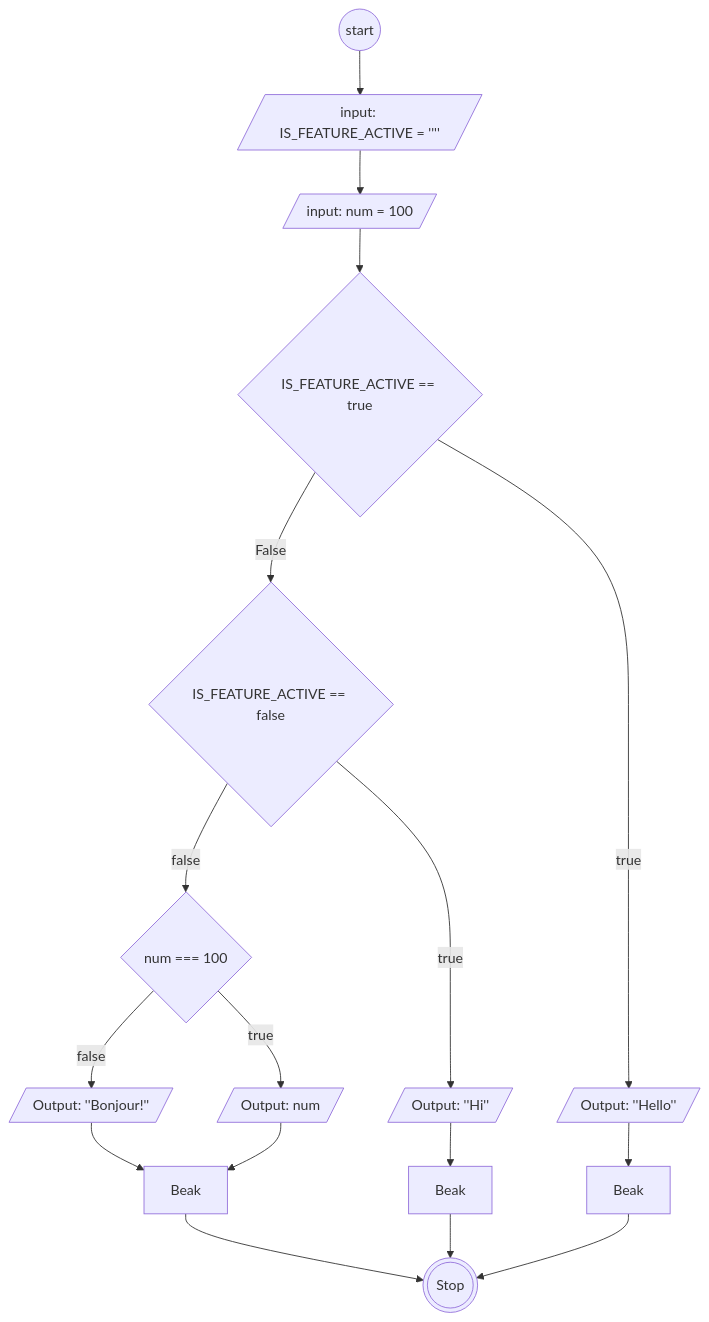
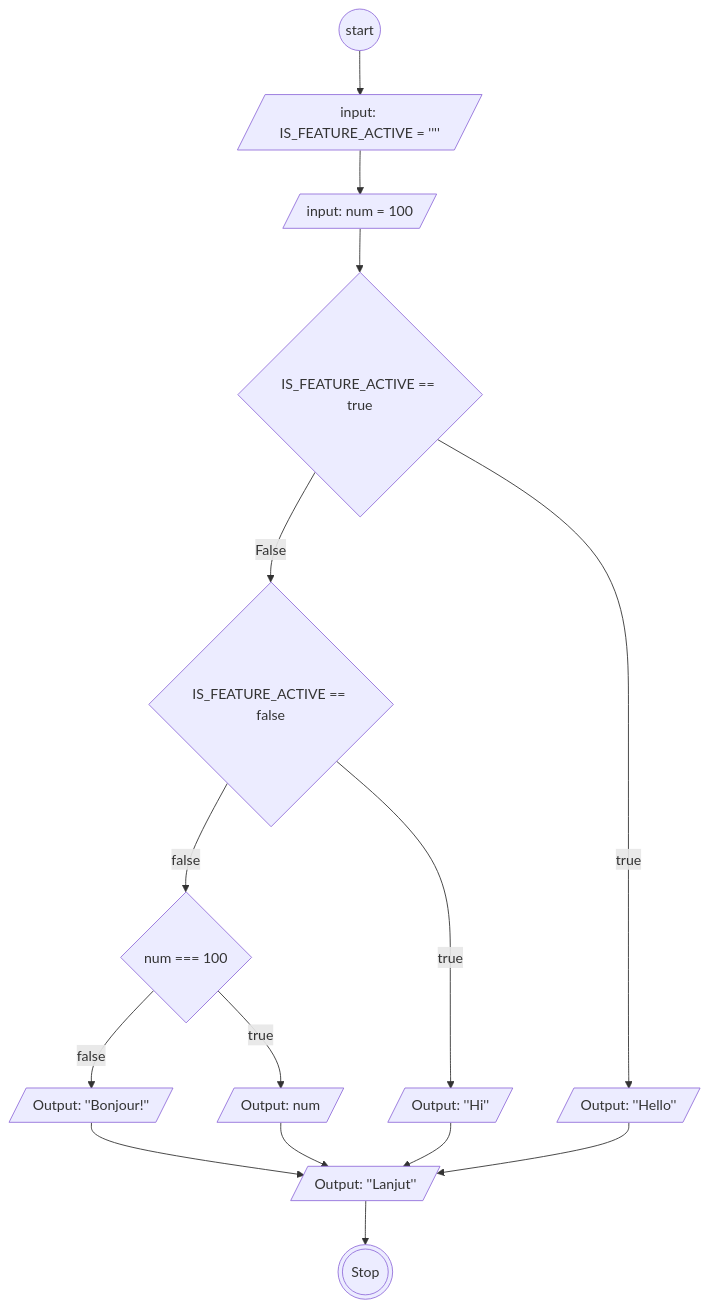
Before and after one commit to AbiPasundan/koda-b6-javascript1: the diagram in flowchart-switch.md, drawn with Mermaid.

````diff
--- a/flowchart-switch.md
+++ b/flowchart-switch.md
@@ -3,30 +3,27 @@
 ```mermaid
     flowchart TB
         Start@{ shape: circ, label: "start"}
         IS_FEATURE_ACTIVE@{ shape: lean-r, label: "input: IS_FEATURE_ACTIVE = ''''"}
         num@{ shape: lean-r, label: "input: num = 100"}
 
         CaseTrue@{ shape: diamond, label: "IS_FEATURE_ACTIVE == true"}
         OutputTrue@{ shape: lean-r, label: "Output: ''Hello''"}
 
         CaseFalse@{ shape: diamond, label: "IS_FEATURE_ACTIVE == false"}
         OutputFalse@{ shape: lean-r, label: "Output: ''Hi''"}
 
         Default@{ shape: diamond, label: "num === 100"}
         DefaultTrue@{ shape: lean-r, label: "Output: num"}
         DefaultFalse@{ shape: lean-r, label: "Output: ''Bonjour!''"}
 
-
-        Break1@{ shape: rect, label: "Beak"}
-        Break2@{ shape: rect, label: "Beak"}
-        Break3@{ shape: rect, label: "Beak"}
+        Lanjut@{ shape: lean-r, label: "Output: ''Lanjut''"}
 
         Stop@{ shape: dbl-circ, label: "Stop"}
 
-    Start-->IS_FEATURE_ACTIVE-->num-->CaseTrue-->|False|CaseFalse-->|false|Default-->|false|DefaultFalse-->Break3-->Stop
+    Start-->IS_FEATURE_ACTIVE-->num-->CaseTrue-->|False|CaseFalse-->|false|Default-->|false|DefaultFalse-->Lanjut
 
-    CaseTrue-->|true|OutputTrue-->Break1-->Stop
-    CaseFalse-->|true|OutputFalse-->Break2-->Stop
+    CaseTrue-->|true|OutputTrue-->Lanjut
+    CaseFalse-->|true|OutputFalse-->Lanjut
 
-    Default-->|true|DefaultTrue-->Break3
+    Default-->|true|DefaultTrue-->Lanjut-->Stop
 ```
````
